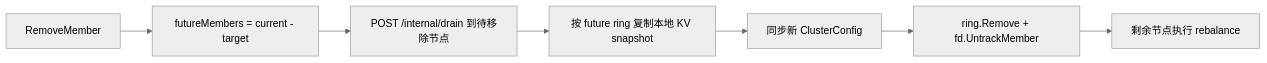
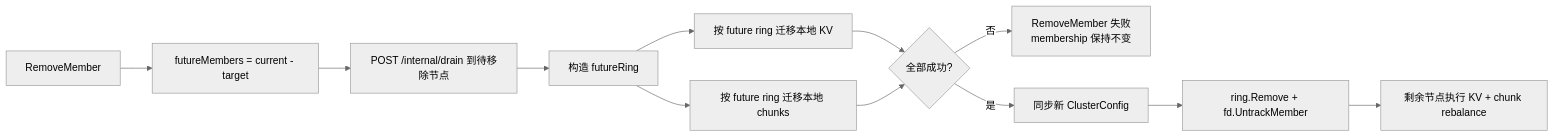
One commit to huanzichen00/minidist changed the ninth of 9 diagrams in ARCHITECTURE.md. Above: the diagram before and after it, drawn with Mermaid (neutral theme). The commit also changed other lines of this file, not shown here.

````diff
--- a/ARCHITECTURE.md
+++ b/ARCHITECTURE.md
@@ -455,9 +557,14 @@
 ```mermaid
 flowchart LR
     A[RemoveMember] --> B[futureMembers = current - target]
     B --> C[POST /internal/drain 到待移除节点]
-    C --> D[按 future ring 复制本地 KV snapshot]
-    D --> E[同步新 ClusterConfig]
-    E --> F[ring.Remove + fd.UntrackMember]
-    F --> G[剩余节点执行 rebalance]
+    C --> D[构造 futureRing]
+    D --> E[按 future ring 迁移本地 KV]
+    D --> F[按 future ring 迁移本地 chunks]
+    E --> G{全部成功?}
+    F --> G
+    G -->|否| H[RemoveMember 失败\nmembership 保持不变]
+    G -->|是| I[同步新 ClusterConfig]
+    I --> J[ring.Remove + fd.UntrackMember]
+    J --> K[剩余节点执行 KV + chunk rebalance]
 ```
````
